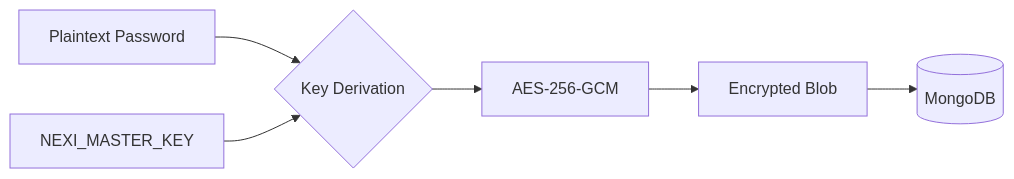
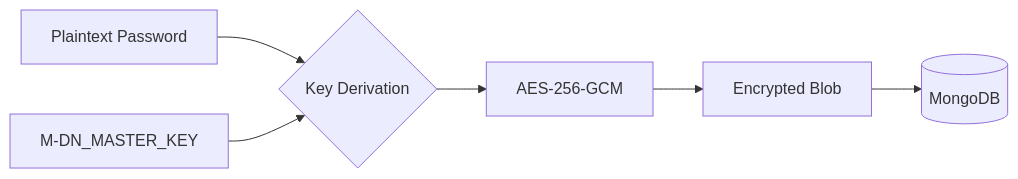
The diagram in docs/directives/credential_security.md (Mohamed-DN/DB-AI), drawn with Mermaid before and after one commit. The commit also changed other lines of this file and 660 other files, not shown here.

````diff
--- a/docs/directives/credential_security.md
+++ b/docs/directives/credential_security.md
@@ -19,8 +19,8 @@
 ```mermaid
 flowchart LR
     Input[Plaintext Password] --> PBKDF2{Key Derivation}
-    Env[NEXI_MASTER_KEY] --> PBKDF2
+    Env[M-DN_MASTER_KEY] --> PBKDF2
     PBKDF2 --> AES[AES-256-GCM]
     AES --> Encrypted[Encrypted Blob]
     Encrypted --> Mongo[(MongoDB)]
 ```
````
